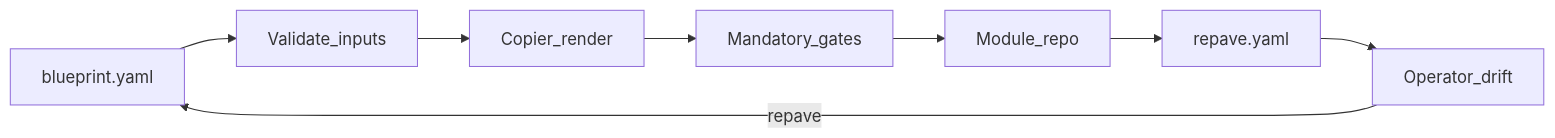
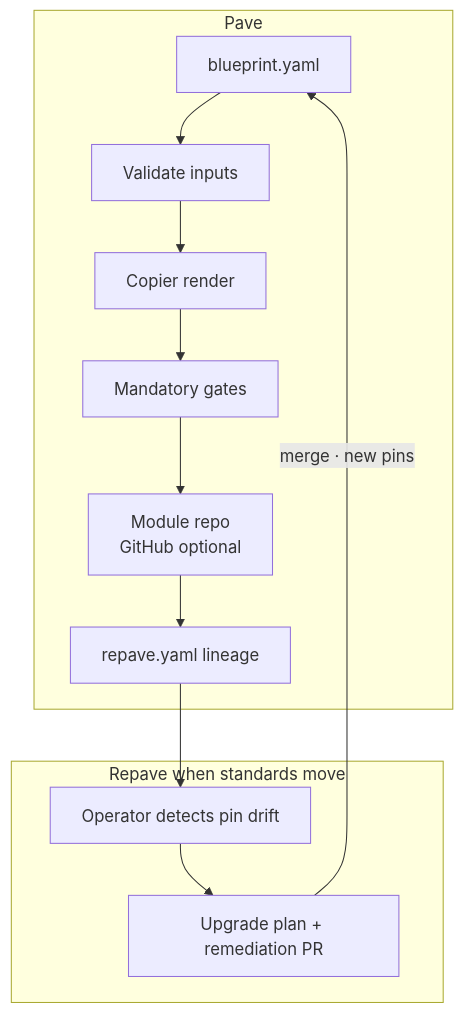
One commit to opsdevcode/repave changed the third of 3 diagrams in README.md. Above: the diagram before and after it, drawn with Mermaid. The commit also changed other lines of this file and 2 other files, not shown here.

First line of the commit message:
docs: enrich IDP mermaid diagrams for pave and repave

````diff
--- a/README.md
+++ b/README.md
@@ -216,10 +234,16 @@
 ```mermaid
-flowchart LR
-  Blueprint[blueprint.yaml] --> Validate[Validate_inputs]
-  Validate --> Render[Copier_render]
-  Render --> Gates[Mandatory_gates]
-  Gates --> Publish[Module_repo]
-  Publish --> Provenance[repave.yaml]
-  Provenance --> Drift[Operator_drift]
-  Drift -->|repave| Blueprint
+flowchart TB
+  subgraph pave [Pave]
+    Blueprint["blueprint.yaml"] --> Validate["Validate inputs"]
+    Validate --> Render["Copier render"]
+    Render --> Gates["Mandatory gates"]
+    Gates --> Publish["Module repo<br/>GitHub optional"]
+    Publish --> Provenance["repave.yaml lineage"]
+  end
+
+  subgraph repave [Repave when standards move]
+    Provenance --> Drift["Operator detects pin drift"]
+    Drift --> Plan["Upgrade plan + remediation PR"]
+    Plan -->|"merge · new pins"| Blueprint
+  end
 ```
````
